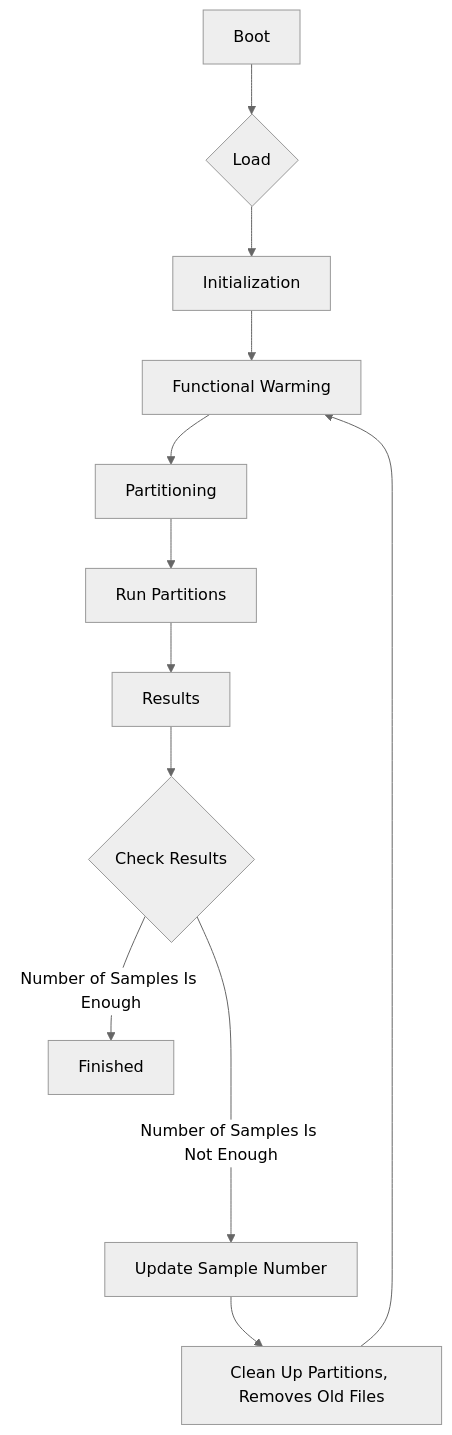
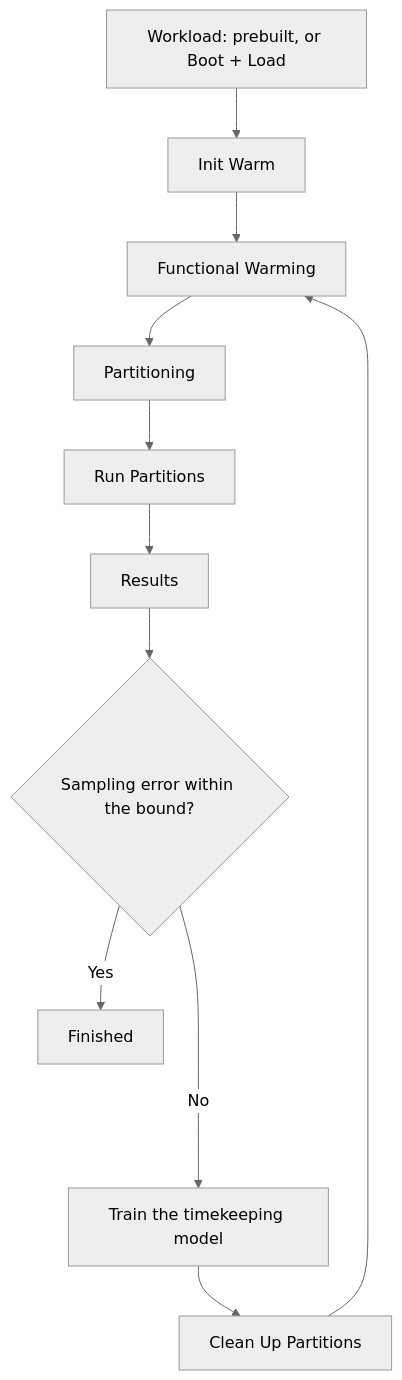
Before and after one commit to parsa-epfl/qflex: the diagram in mk_docs/quickstart.md, drawn with Mermaid (neutral theme). The commit also changed other lines of this file and 71 other files, not shown here.

````diff
--- a/mk_docs/quickstart.md
+++ b/mk_docs/quickstart.md
@@ -11,14 +16,13 @@
 ``` mermaid
 graph TD
-  B[Boot] --> L{Load};
-  L --> I[Initialization];
+  W[Workload: prebuilt, or Boot + Load] --> I[Init Warm];
   I --> F[Functional Warming];
   F --> P[Partitioning];
   P --> RP[Run Partitions];
   RP --> R[Results];
-  R --> C{Check Results};
-  C -->|Number of Samples Is Enough| Fi[Finished];
-  C ---->|Number of Samples Is Not Enough| U[Update Sample Number];
-  U --> CleanPartition[Clean Up Partitions, Removes Old Files];
+  R --> C{Sampling error within the bound?};
+  C -->|Yes| Fi[Finished];
+  C ---->|No| T[Train the timekeeping model];
+  T --> CleanPartition[Clean Up Partitions];
   CleanPartition --> F;
 ```
````
